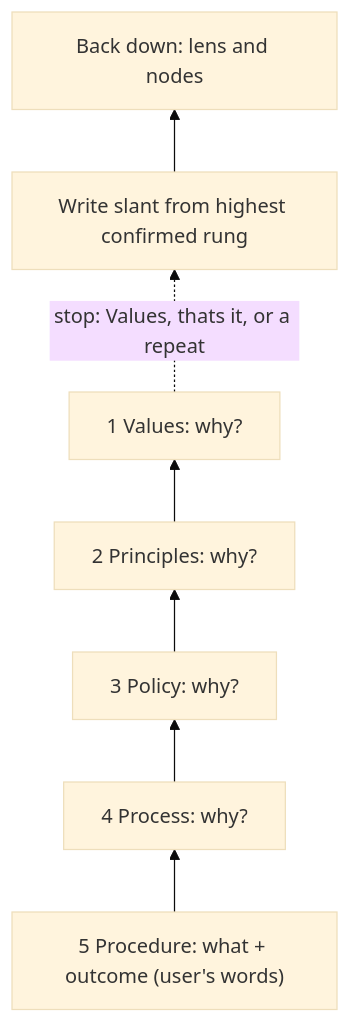
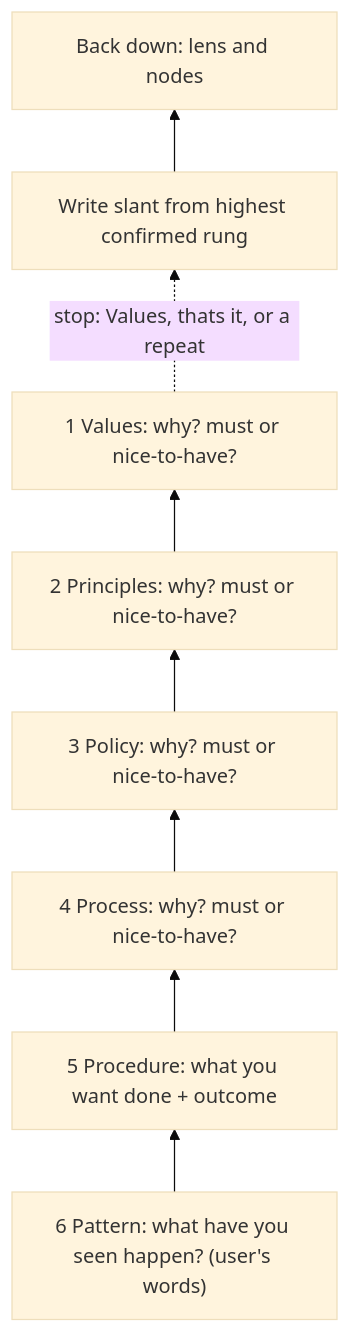
The diagram in docs/slant-flow.md (Dex-RoboKnix/dex-md), drawn with Mermaid (base theme) before and after one commit. The commit also changed other lines of this file and 16 other files, not shown here.

First line of the commit message:
v0.10 phases 1-2: two steps, words kept twice, GitHub .md rule, six-rung why-ladder with needs and wants (#92)

````diff
--- a/docs/slant-flow.md
+++ b/docs/slant-flow.md
@@ -29,9 +32,10 @@
 ```mermaid
 flowchart BT
-  A["5 Procedure: what + outcome (user's words)"] --> B["4 Process: why?"]
-  B --> C["3 Policy: why?"]
-  C --> D["2 Principles: why?"]
-  D --> E["1 Values: why?"]
+  P["6 Pattern: what have you seen happen? (user's words)"] --> A["5 Procedure: what you want done + outcome"]
+  A --> B["4 Process: why? must or nice-to-have?"]
+  B --> C["3 Policy: why? must or nice-to-have?"]
+  C --> D["2 Principles: why? must or nice-to-have?"]
+  D --> E["1 Values: why? must or nice-to-have?"]
   E -. "stop: Values, thats it, or a repeat" .-> S["Write slant from highest confirmed rung"]
   S --> N["Back down: lens and nodes"]
 ```
````
